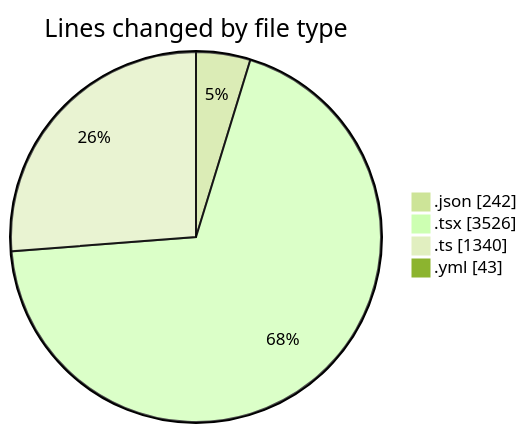
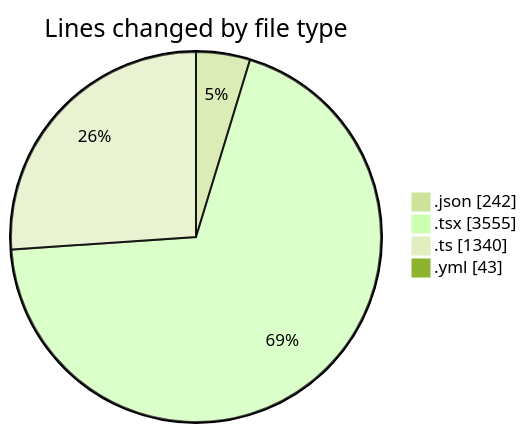
One commit to julien-gomy/code-tracking changed the first of 2 diagrams in 2025-11-17/eventscop-frontend-guide__workspace_/README.md. Above: the diagram before and after it, drawn with Mermaid (forest theme). The commit also changed other lines of this file and 1 other file, not shown here.

````diff
--- a/2025-11-17/eventscop-frontend-guide__workspace_/README.md
+++ b/2025-11-17/eventscop-frontend-guide__workspace_/README.md
@@ -47,8 +47,8 @@
 ```mermaid
 pie showData
 title Lines changed by file type
 ".json" : 242
-".tsx" : 3526
+".tsx" : 3555
 ".ts" : 1340
 ".yml" : 43
 ```
````
